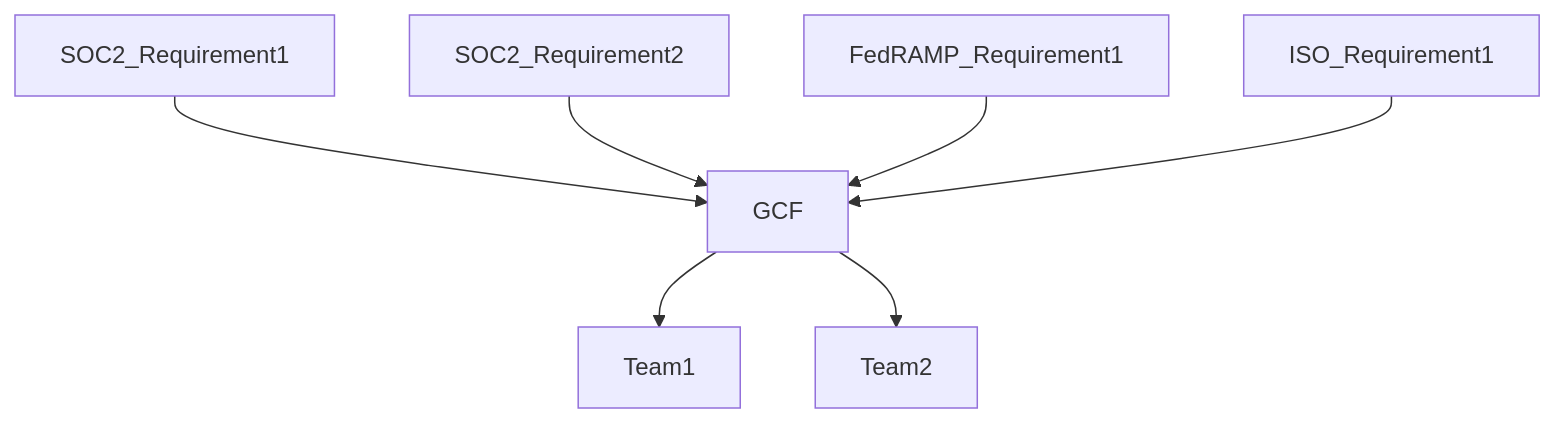
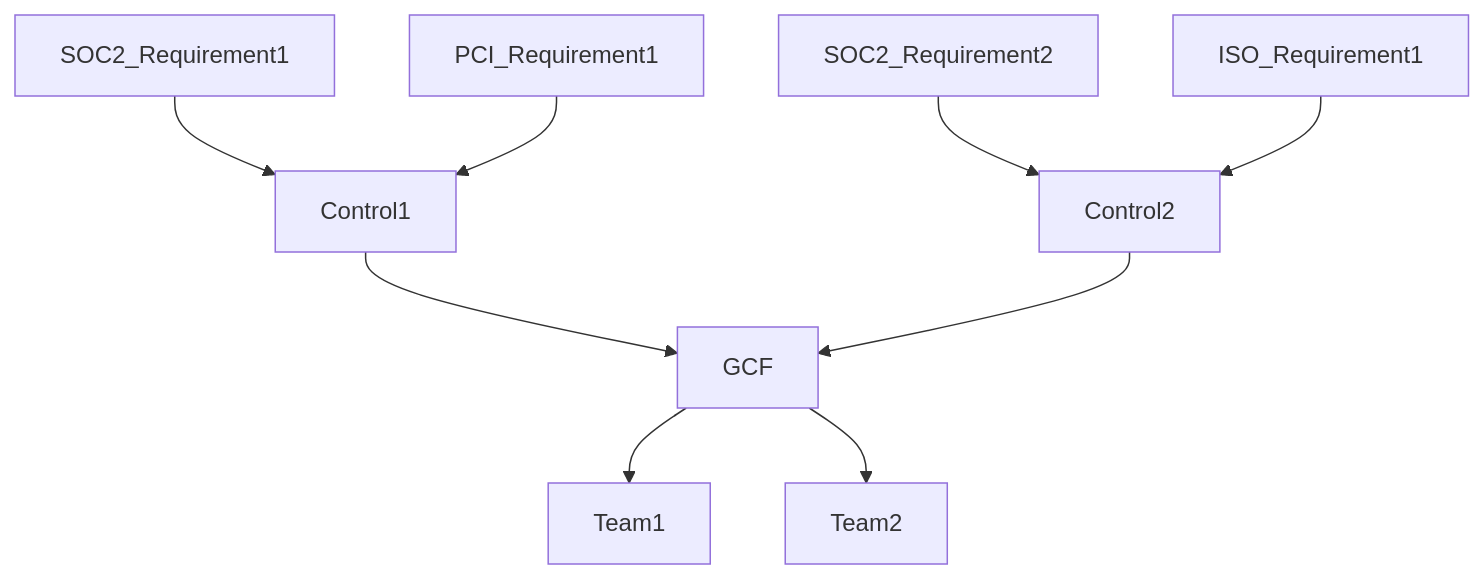
The second of 2 diagrams in content/handbook/security/security-assurance/security-compliance/sec-controls.md (zalyoung/gitlab-handbook), drawn with Mermaid before and after one commit. The commit also changed other lines of this file and 1 other file, not shown here.

Commit message:
Update Sec Comp Controls & GCF Security Control Lifecycle HB Pages

````diff
--- a/content/handbook/security/security-assurance/security-compliance/sec-controls.md
+++ b/content/handbook/security/security-assurance/security-compliance/sec-controls.md
@@ -24,9 +24,11 @@
 ```mermaid
 graph TD;
-    SOC2_Requirement1-->GCF;
-    SOC2_Requirement2-->GCF;
-    FedRAMP_Requirement1-->GCF;
-    ISO_Requirement1-->GCF;
+    SOC2_Requirement1-->Control1;
+    PCI_Requirement1-->Control1;
+    SOC2_Requirement2-->Control2;
+    ISO_Requirement1-->Control2;
+    Control1-->GCF;
+    Control2-->GCF;
     GCF-->Team1;
     GCF-->Team2;
 ```
````
